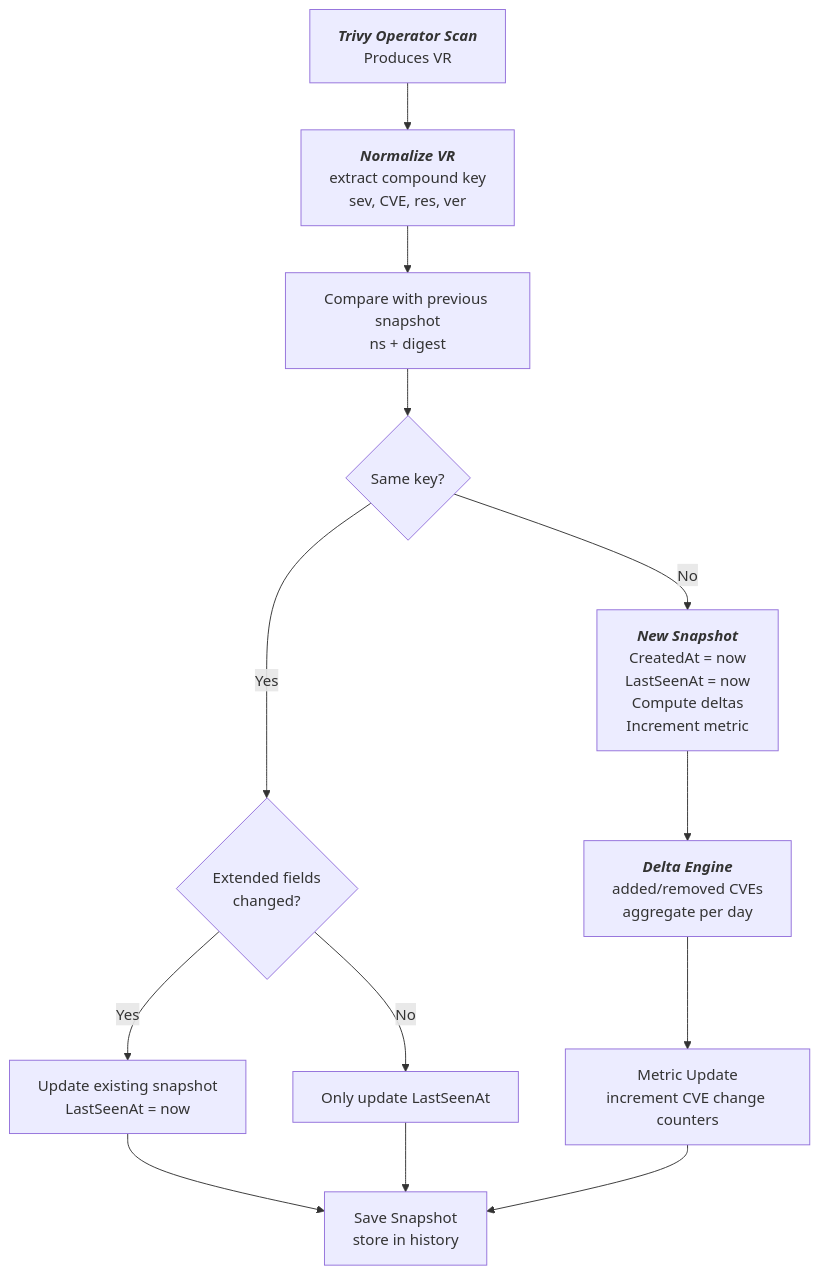
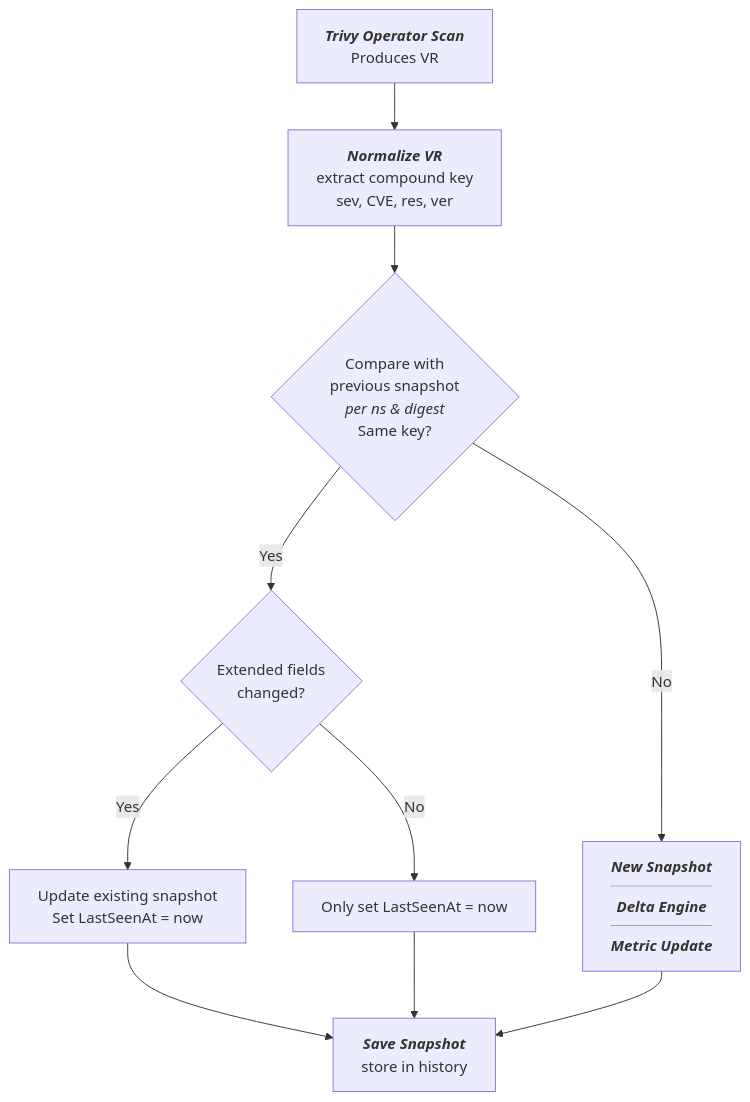
Before and after one commit to raoulx24/trivy-operator-dashboard: the first of 2 diagrams in docs/main-doc.md, drawn with Mermaid. The commit also changed other lines of this file and 2 other files, not shown here.

Commit message:
docs - more on vr-hist - mermaid; compare

````diff
--- a/docs/main-doc.md
+++ b/docs/main-doc.md
@@ -171,26 +104,30 @@
 ```mermaid
 flowchart TD
 
-MAIN[<b><em>Trivy Operator Scan</em></b><br/>Produces VR] --> COMPUTE[<b><em>Normalize VR</em></b><br/>extract compound key<br/>sev, CVE, res, ver]
+MAIN[<b><em>Trivy Operator Scan</em></b><br/>Produces VR] 
+COMPUTE[<b><em>Normalize VR</em></b><br/>extract compound key<br/>sev, CVE, res, ver]
 
-COMPUTE --> COMPARE[Compare with previous snapshot<br/>ns + digest]
+COMPARE{Compare with<br/>previous snapshot<br/><em>per ns & digest</em><br/>Same key?}
 
-COMPARE --> SAMEKEY{Same key?}
+NEWKEY[<b><em>New Snapshot<hr/>Delta Engine<hr/>Metric Update</em></b><br/>]
 
-SAMEKEY -->|Yes| OLDKEY{Extended fields<br/>changed?}
+OLDKEY{Extended fields<br/>changed?}
+UPDATEFULL[Update existing snapshot<br/>Set LastSeenAt = now]
+UPDATELASTSEEN[Only set LastSeenAt = now]
 
-SAMEKEY -->|No| NEWKEY[<b><em>New Snapshot</em></b><br/>CreatedAt = now<br/>LastSeenAt = now<br/>Compute deltas<br/>Increment metric]
+SAVE[<b><em>Save Snapshot</em></b><br/>store in history]
 
-OLDKEY -->|Yes| G[Update existing snapshot<br/>LastSeenAt = now]
-OLDKEY -->|No| H[Only update LastSeenAt]
+MAIN --> COMPUTE
+COMPUTE --> COMPARE
 
-NEWKEY --> I[<b><em>Delta Engine</em></b><br/>added/removed CVEs<br/>aggregate per day]
+COMPARE --> |Yes| OLDKEY
+COMPARE --> |No| NEWKEY
 
+OLDKEY --> |Yes| UPDATEFULL
+OLDKEY --> |No| UPDATELASTSEEN
 
-G --> K
-H --> K
+UPDATEFULL --> SAVE
+UPDATELASTSEEN --> SAVE
 
-I --> J[Metric Update<br/>increment CVE change counters]
-
-J --> K[Save Snapshot<br/>store in history]
+NEWKEY --> SAVE
 ```
````
